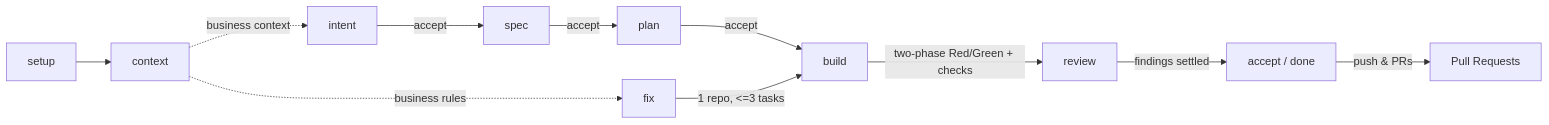
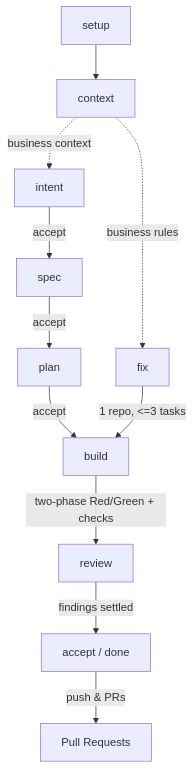
Before and after one commit to satish-krishna/Hoshin.Net: the second of 2 diagrams in README.md, drawn with Mermaid.

Commit message:
docs: update workflow lifecycle diagram direction

````diff
--- a/README.md
+++ b/README.md
@@ -36,13 +36,13 @@
 ```mermaid
-flowchart LR
+flowchart TD
     setup --> context
     context -. business context .-> intent
     intent -->|accept| spec
     spec -->|accept| plan
     plan -->|accept| build
     context -. business rules .-> fix
     fix -->|1 repo, <=3 tasks| build
     build -->|two-phase Red/Green + checks| review
     review -->|findings settled| accept["accept / done"]
     accept -->|push & PRs| PRs["Pull Requests"]
 ```
````
